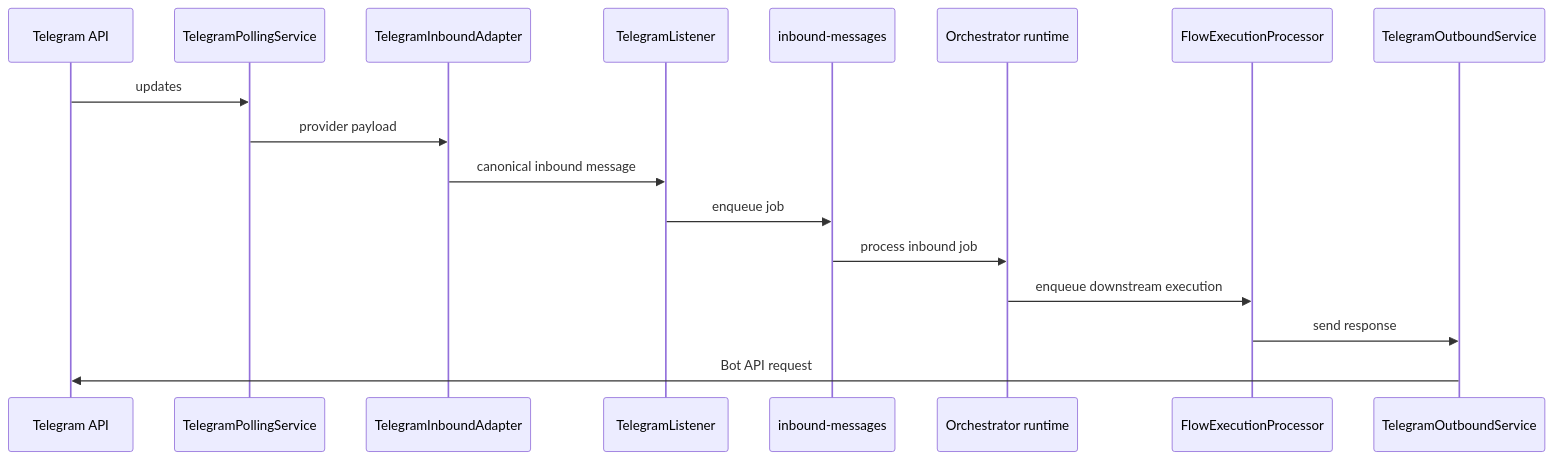
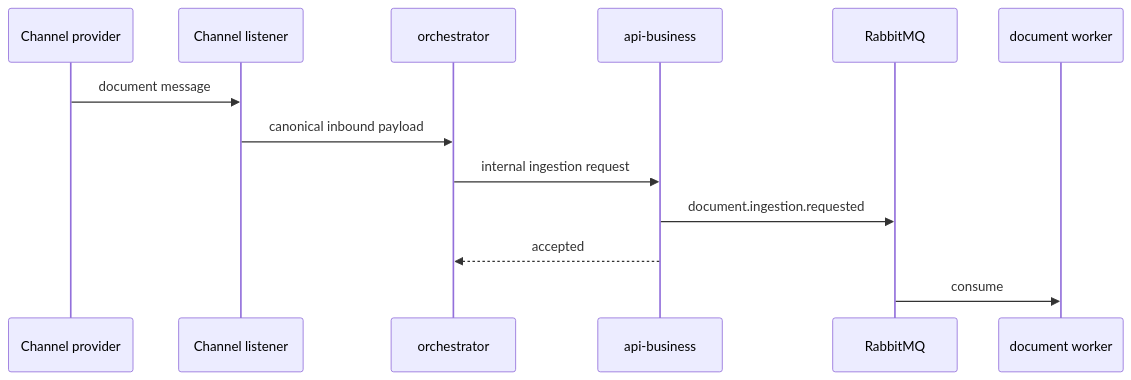
The second of 2 diagrams in docs/CHANNEL_INTEGRATION.md (CiceroDeveloper01/rag-platform), drawn with Mermaid before and after one commit. The commit also changed other lines of this file and 191 other files, not shown here.

Commit message:
refactor: consolidate monorepo architecture, async documents flow and platform structure

````diff
--- a/docs/CHANNEL_INTEGRATION.md
+++ b/docs/CHANNEL_INTEGRATION.md
@@ -47,20 +55,16 @@
 ```mermaid
 sequenceDiagram
-    participant Telegram as Telegram API
-    participant Polling as TelegramPollingService
-    participant Adapter as TelegramInboundAdapter
-    participant Listener as TelegramListener
-    participant InboundQ as inbound-messages
-    participant Runtime as Orchestrator runtime
-    participant Flow as FlowExecutionProcessor
-    participant Outbound as TelegramOutboundService
+    participant Provider as Channel provider
+    participant Listener as Channel listener
+    participant Runtime as orchestrator
+    participant API as api-business
+    participant Rabbit as RabbitMQ
+    participant Worker as document worker
 
-    Telegram->>Polling: updates
-    Polling->>Adapter: provider payload
-    Adapter->>Listener: canonical inbound message
-    Listener->>InboundQ: enqueue job
-    InboundQ->>Runtime: process inbound job
-    Runtime->>Flow: enqueue downstream execution
-    Flow->>Outbound: send response
-    Outbound->>Telegram: Bot API request
+    Provider->>Listener: document message
+    Listener->>Runtime: canonical inbound payload
+    Runtime->>API: internal ingestion request
+    API->>Rabbit: document.ingestion.requested
+    API-->>Runtime: accepted
+    Rabbit->>Worker: consume
 ```
````
